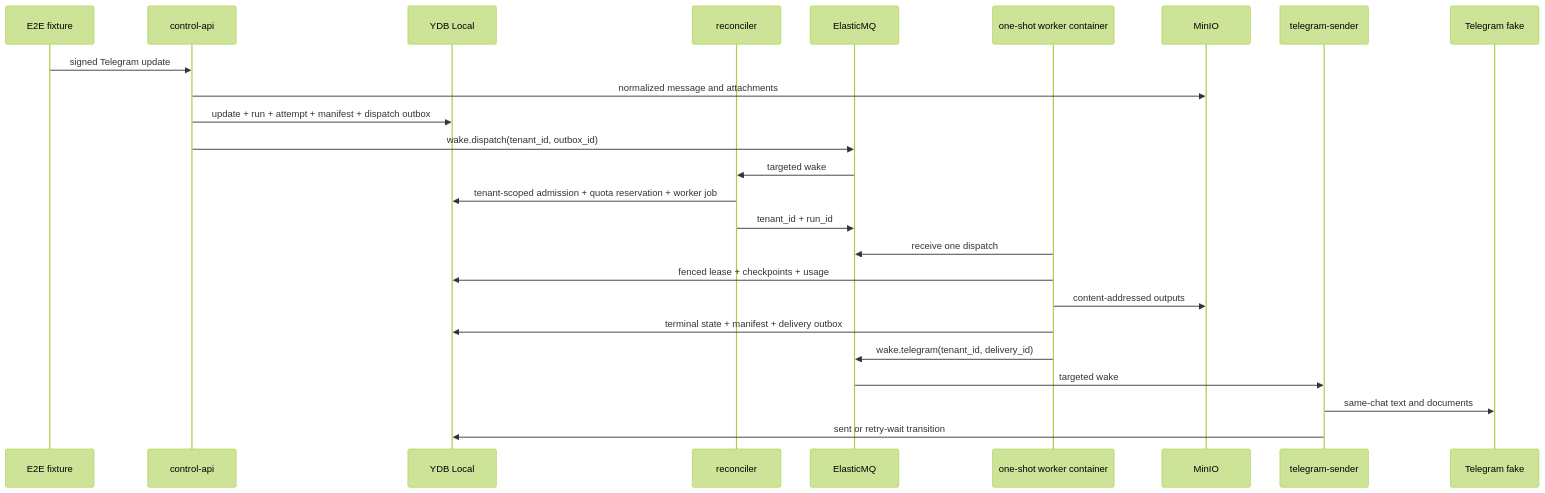
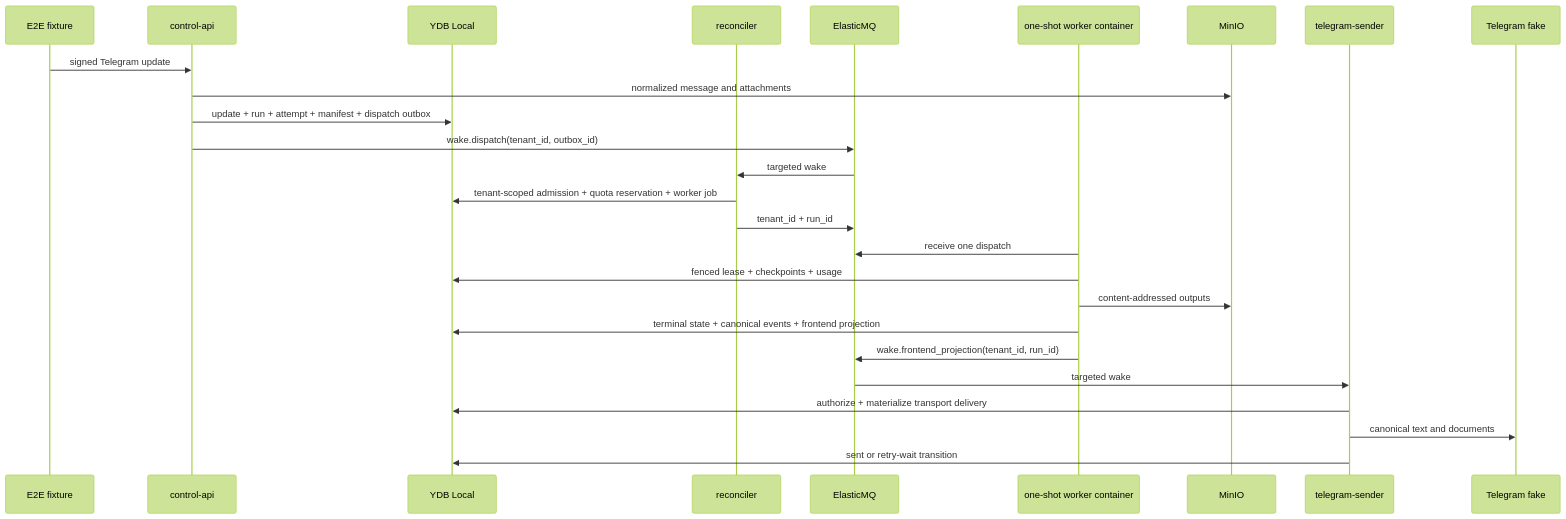
The diagram in docs/local-e2e.md (urandon/sessionless), drawn with Mermaid (forest theme) before and after one commit. The commit also changed other lines of this file and 33 other files, not shown here.

Commit message:
feat: project canonical events to Telegram

````diff
--- a/docs/local-e2e.md
+++ b/docs/local-e2e.md
@@ -9,28 +9,29 @@
 ```mermaid
 sequenceDiagram
     participant Fixture as E2E fixture
     participant API as control-api
     participant DB as YDB Local
     participant Scheduler as reconciler
     participant Queue as ElasticMQ
     participant Worker as one-shot worker container
     participant Blob as MinIO
     participant Sender as telegram-sender
     participant Telegram as Telegram fake
 
     Fixture->>API: signed Telegram update
     API->>Blob: normalized message and attachments
     API->>DB: update + run + attempt + manifest + dispatch outbox
     API->>Queue: wake.dispatch(tenant_id, outbox_id)
     Queue->>Scheduler: targeted wake
     Scheduler->>DB: tenant-scoped admission + quota reservation + worker job
     Scheduler->>Queue: tenant_id + run_id
     Worker->>Queue: receive one dispatch
     Worker->>DB: fenced lease + checkpoints + usage
     Worker->>Blob: content-addressed outputs
-    Worker->>DB: terminal state + manifest + delivery outbox
-    Worker->>Queue: wake.telegram(tenant_id, delivery_id)
+    Worker->>DB: terminal state + canonical events + frontend projection
+    Worker->>Queue: wake.frontend_projection(tenant_id, run_id)
     Queue->>Sender: targeted wake
-    Sender->>Telegram: same-chat text and documents
+    Sender->>DB: authorize + materialize transport delivery
+    Sender->>Telegram: canonical text and documents
     Sender->>DB: sent or retry-wait transition
 ```
````
